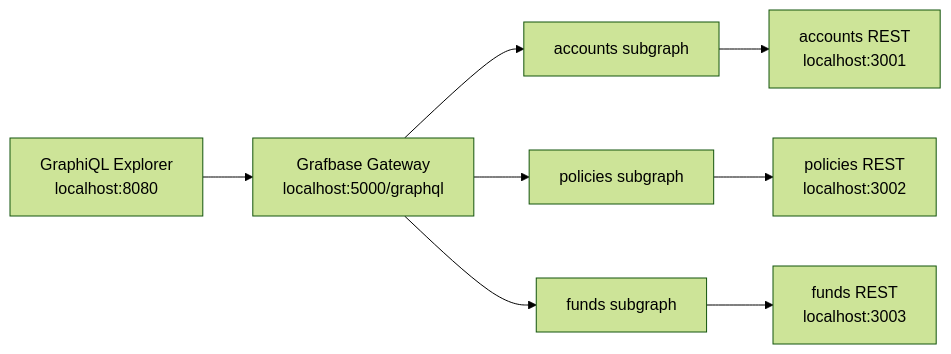
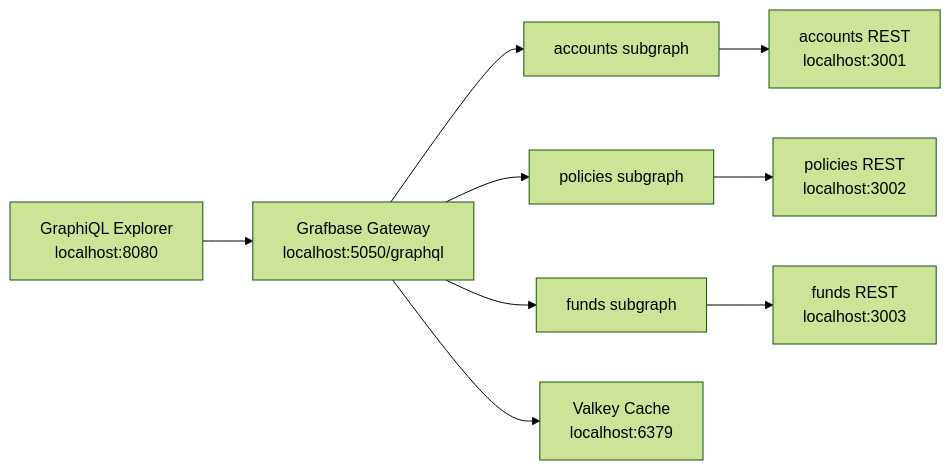
The diagram in Readme.md (aishwarya423/GrafbasePOC), drawn with Mermaid (forest theme) before and after one commit. The commit also changed other lines of this file and 1 other file, not shown here.

````diff
--- a/Readme.md
+++ b/Readme.md
@@ -13,10 +13,11 @@
 ```mermaid
 flowchart LR
-  GQL[GraphiQL Explorer<br/>localhost:8080] --> GB[Grafbase Gateway<br/>localhost:5000/graphql]
+  GQL[GraphiQL Explorer<br/>localhost:8080] --> GB[Grafbase Gateway<br/>localhost:5050/graphql]
   GB --> ASG[accounts subgraph]
   GB --> PSG[policies subgraph]
   GB --> FSG[funds subgraph]
   ASG --> AR[accounts REST<br/>localhost:3001]
   PSG --> PR[policies REST<br/>localhost:3002]
   FSG --> FR[funds REST<br/>localhost:3003]
+  GB --> VK[Valkey Cache<br/>localhost:6379]
 ```
````
